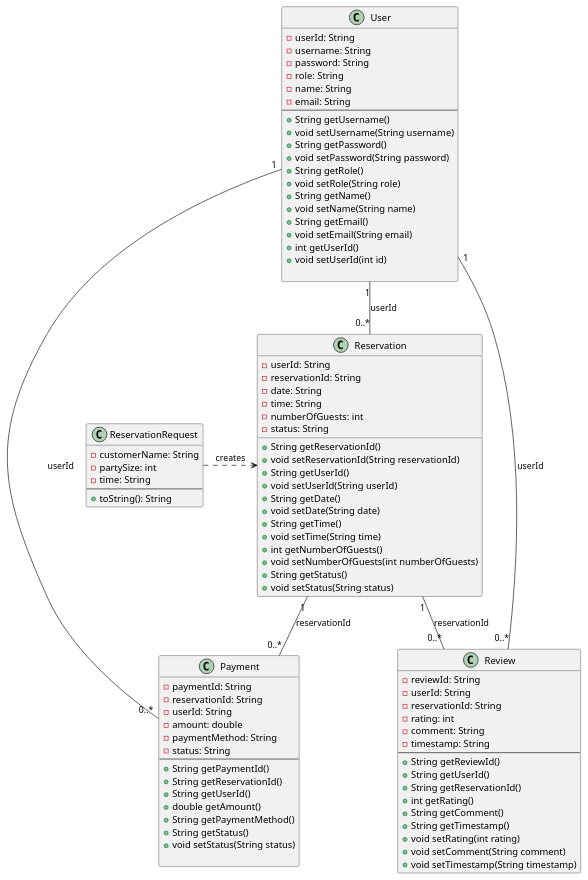
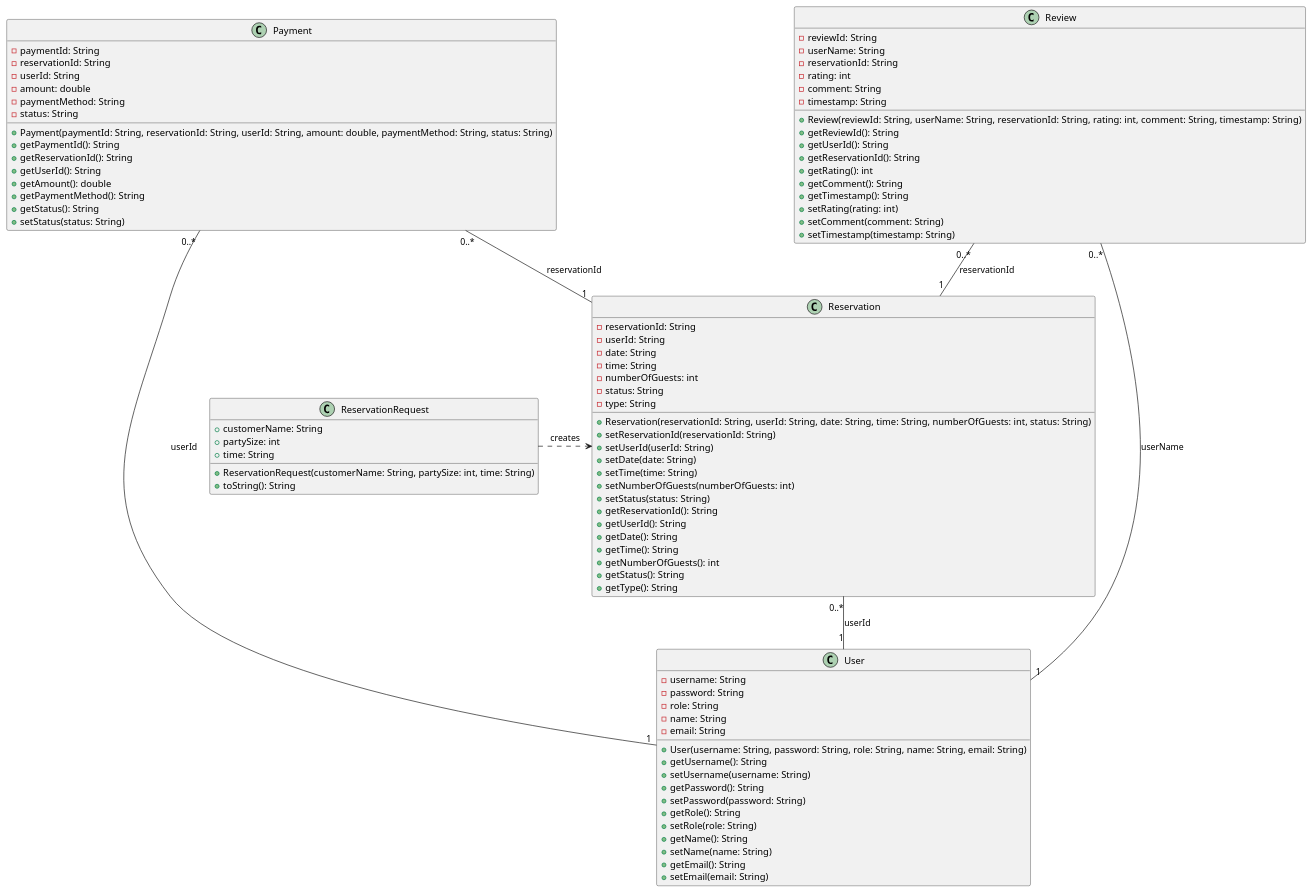
The diagram in src/Restaurant-Table-Reservation-Platform.puml (Pamindu-Rashmitha/RestaurantTableReservationPlatform-1-), drawn with PlantUML before and after one commit. The commit also changed 1 other file, not shown here.

Commit message:
Attempt to draw class diagram

```diff
--- a/src/Restaurant-Table-Reservation-Platform.puml
+++ b/src/Restaurant-Table-Reservation-Platform.puml
@@ -1,100 +1,100 @@
 @startuml
-class "User" {
-  - userId: String
-  - username: String
-  - password: String
-  - role: String
-  - name: String
-  - email: String
-  --
-      + String getUsername()
-      + void setUsername(String username)
-      + String getPassword()
-      + void setPassword(String password)
-      + String getRole()
-      + void setRole(String role)
-      + String getName()
-      + void setName(String name)
-      + String getEmail()
-      + void setEmail(String email)
-      + int getUserId()
-      + void setUserId(int id)
 
-}
 
-class "Reservation" {
-  - userId: String
-  - reservationId: String
-  - date: String
-  - time: String
-  - numberOfGuests: int
-  - status: String
+  class Payment {
+    -paymentId: String
+    -reservationId: String
+    -userId: String
+    -amount: double
+    -paymentMethod: String
+    -status: String
+    +Payment(paymentId: String, reservationId: String, userId: String, amount: double, paymentMethod: String, status: String)
+    +getPaymentId(): String
+    +getReservationId(): String
+    +getUserId(): String
+    +getAmount(): double
+    +getPaymentMethod(): String
+    +getStatus(): String
+    +setStatus(status: String)
+  }
 
-        + String getReservationId()
-        + void setReservationId(String reservationId)
-        + String getUserId()
-        + void setUserId(String userId)
-        + String getDate()
-        + void setDate(String date)
-        + String getTime()
-        + void setTime(String time)
-        + int getNumberOfGuests()
-        + void setNumberOfGuests(int numberOfGuests)
-        + String getStatus()
-        + void setStatus(String status)
+  class Reservation {
+    -reservationId: String
+    -userId: String
+    -date: String
+    -time: String
+    -numberOfGuests: int
+    -status: String
+    -type: String
+    +Reservation(reservationId: String, userId: String, date: String, time: String, numberOfGuests: int, status: String)
+    +setReservationId(reservationId: String)
+    +setUserId(userId: String)
+    +setDate(date: String)
+    +setTime(time: String)
+    +setNumberOfGuests(numberOfGuests: int)
+    +setStatus(status: String)
+    +getReservationId(): String
+    +getUserId(): String
+    +getDate(): String
+    +getTime(): String
+    +getNumberOfGuests(): int
+    +getStatus(): String
+    +getType(): String
+  }
 
-}
+  class ReservationRequest {
+    +customerName: String
+    +partySize: int
+    +time: String
+    +ReservationRequest(customerName: String, partySize: int, time: String)
+    +toString(): String
+  }
 
-class "ReservationRequest" {
-  - customerName: String
-  - partySize: int
-  - time: String
-  --
-  + toString(): String
-}
+  class Review {
+    -reviewId: String
+    -userName: String
+    -reservationId: String
+    -rating: int
+    -comment: String
+    -timestamp: String
+    +Review(reviewId: String, userName: String, reservationId: String, rating: int, comment: String, timestamp: String)
+    +getReviewId(): String
+    +getUserId(): String
+    +getReservationId(): String
+    +getRating(): int
+    +getComment(): String
+    +getTimestamp(): String
+    +setRating(rating: int)
+    +setComment(comment: String)
+    +setTimestamp(timestamp: String)
+  }
 
-class "Payment" {
-  - paymentId: String
-  - reservationId: String
-  - userId: String
-  - amount: double
-  - paymentMethod: String
-  - status: String
-  --
-  + String getPaymentId()
-     + String getReservationId()
-     + String getUserId()
-     + double getAmount()
-     + String getPaymentMethod()
-     + String getStatus()
-     + void setStatus(String status)
+  class User {
+    -username: String
+    -password: String
+    -role: String
+    -name: String
+    -email: String
+    +User(username: String, password: String, role: String, name: String, email: String)
+    +getUsername(): String
+    +setUsername(username: String)
+    +getPassword(): String
+    +setPassword(password: String)
+    +getRole(): String
+    +setRole(role: String)
+    +getName(): String
+    +setName(name: String)
+    +getEmail(): String
+    +setEmail(email: String)
+  }
 
-}
-
-class "Review" {
-  - reviewId: String
-  - userId: String
-  - reservationId: String
-  - rating: int
-  - comment: String
-  - timestamp: String
-  --
-  + String getReviewId()
-     + String getUserId()
-     + String getReservationId()
-     + int getRating()
-     + String getComment()
-     + String getTimestamp()
-     + void setRating(int rating)
-     + void setComment(String comment)
-     + void setTimestamp(String timestamp)
-}
-
-User "1" -- "0..*" Reservation : userId
-User "1" -- "0..*" Payment : userId
-User "1" -- "0..*" Review : userId
-Reservation "1" -- "0..*" Payment : reservationId
-Reservation "1" -- "0..*" Review : reservationId
+  ' Associations
+Reservation "0..*" -- "1" User : userId
+Payment "0..*" -- "1" Reservation : reservationId
+Payment "0..*" -- "1" User : userId
+Review "0..*" -- "1" Reservation : reservationId
+Review "0..*" -- "1" User : userName
 ReservationRequest .> Reservation : creates
 
+
 @enduml
```
